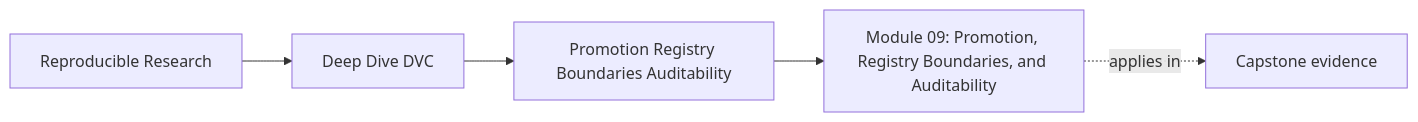
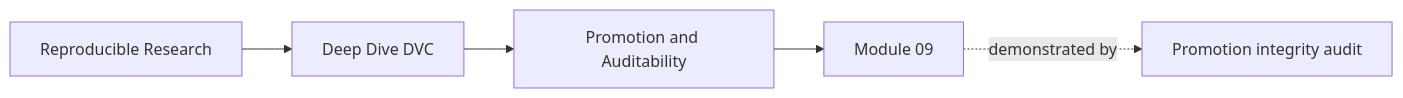
One commit to bijux/bijux-masterclass changed the first of 3 diagrams in programs/reproducible-research/deep-dive-dvc/course-book/module-09-promotion-registry-boundaries-auditability/index.md. Above: the diagram before and after it, drawn with Mermaid. The commit also changed other lines of this file, not shown here.

Commit message:
docs(dvc): orient independent promotion study

````diff
--- a/programs/reproducible-research/deep-dive-dvc/course-book/module-09-promotion-registry-boundaries-auditability/index.md
+++ b/programs/reproducible-research/deep-dive-dvc/course-book/module-09-promotion-registry-boundaries-auditability/index.md
@@ -7,11 +5,11 @@
 ```mermaid
 graph LR
   family["Reproducible Research"]
   program["Deep Dive DVC"]
-  section["Promotion Registry Boundaries Auditability"]
-  page["Module 09: Promotion, Registry Boundaries, and Auditability"]
-  capstone["Capstone evidence"]
+  section["Promotion and Auditability"]
+  page["Module 09"]
+  evidence["Promotion integrity audit"]
 
   family --> program --> section --> page
-  page -.applies in.-> capstone
+  page -.demonstrated by.-> evidence
 ```
````
